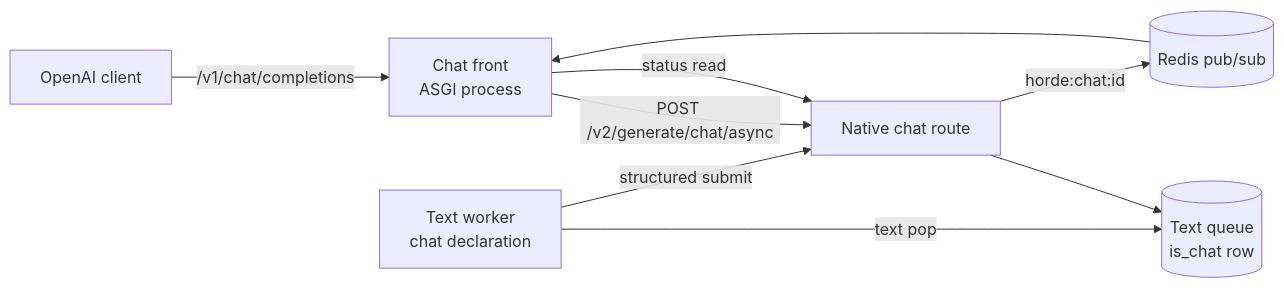
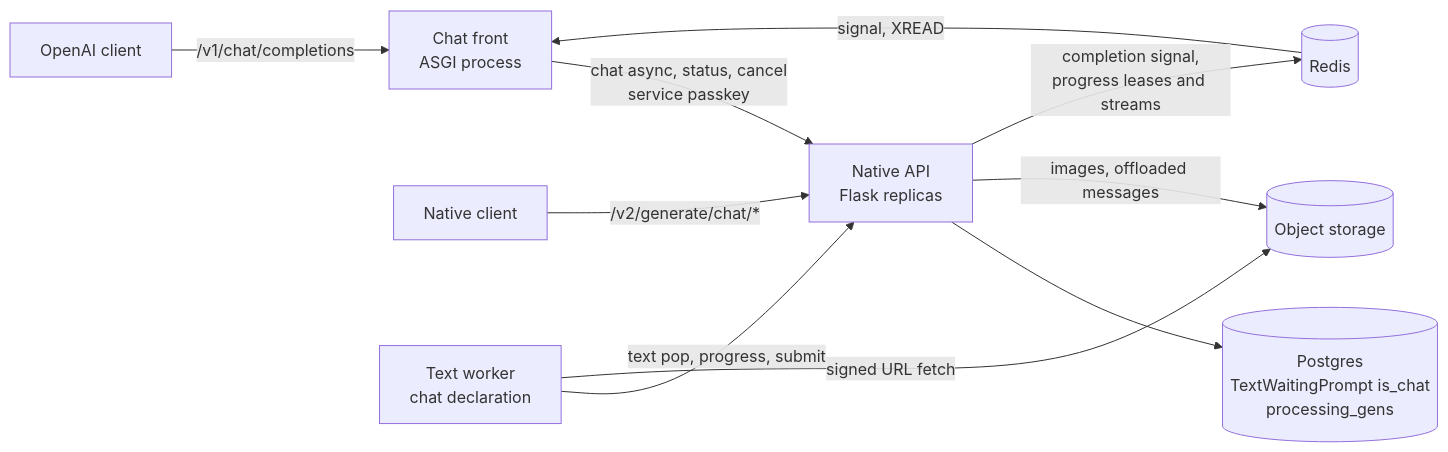
The first of 6 diagrams in docs/explanation/chat_requests.md (Haidra-Org/AI-Horde), drawn with Mermaid before and after one commit. The commit also changed other lines of this file and 22 other files, not shown here.

````diff
--- a/docs/explanation/chat_requests.md
+++ b/docs/explanation/chat_requests.md
@@ -58,11 +62,12 @@
 ```mermaid
 flowchart LR
     C[OpenAI client] -->|/v1/chat/completions| F[Chat front<br/>ASGI process]
-    F -->|POST /v2/generate/chat/async| H[Native chat route]
-    H --> Q[(Text queue<br/>is_chat row)]
-    W[Text worker<br/>chat declaration] -->|text pop| Q
-    W -->|structured submit| H
-    H -->|horde:chat:id| R[(Redis pub/sub)]
-    R --> F
-    F -->|status read| H
+    N[Native client] -->|/v2/generate/chat/*| H
+    F -->|chat async, status, cancel<br/>service passkey| H[Native API<br/>Flask replicas]
+    H --> P[(Postgres<br/>TextWaitingPrompt is_chat<br/>processing_gens)]
+    H -->|images, offloaded messages| O[(Object storage)]
+    H -->|completion signal,<br/>progress leases and streams| R[(Redis)]
+    R -->|signal, XREAD| F
+    W[Text worker<br/>chat declaration] -->|text pop, progress, submit| H
+    W -->|signed URL fetch| O
 ```
````
